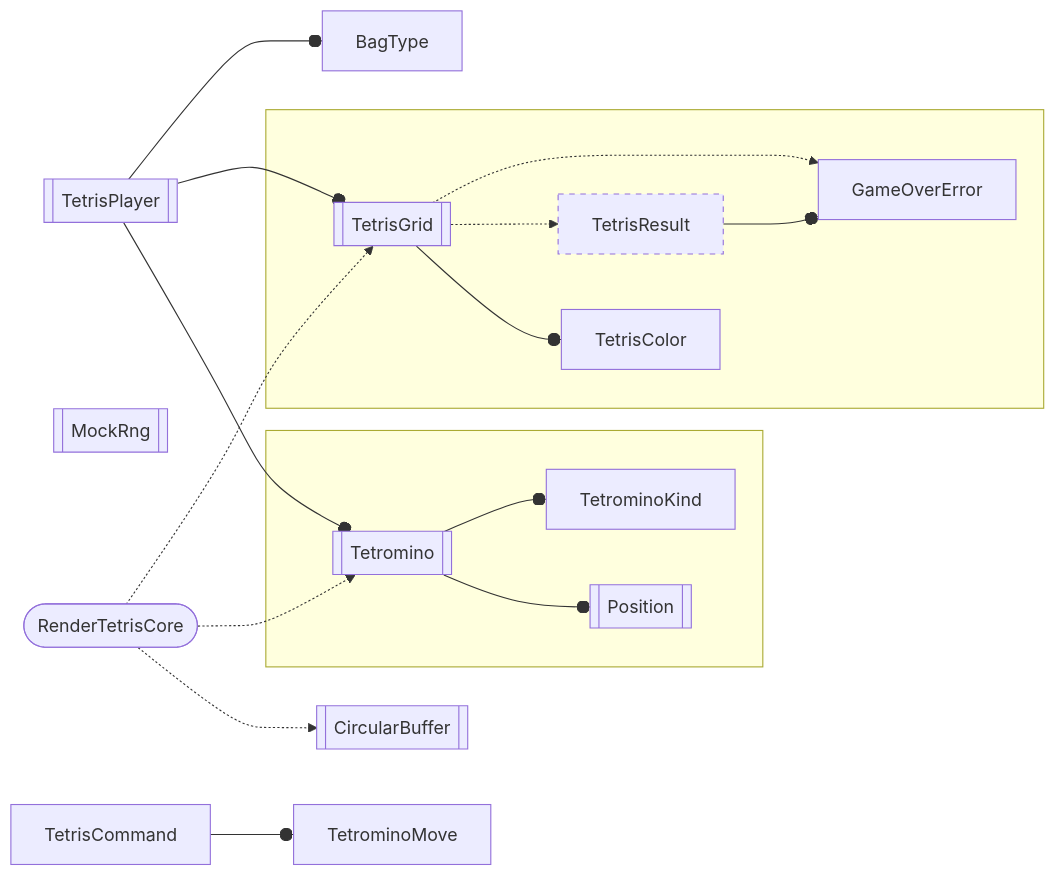
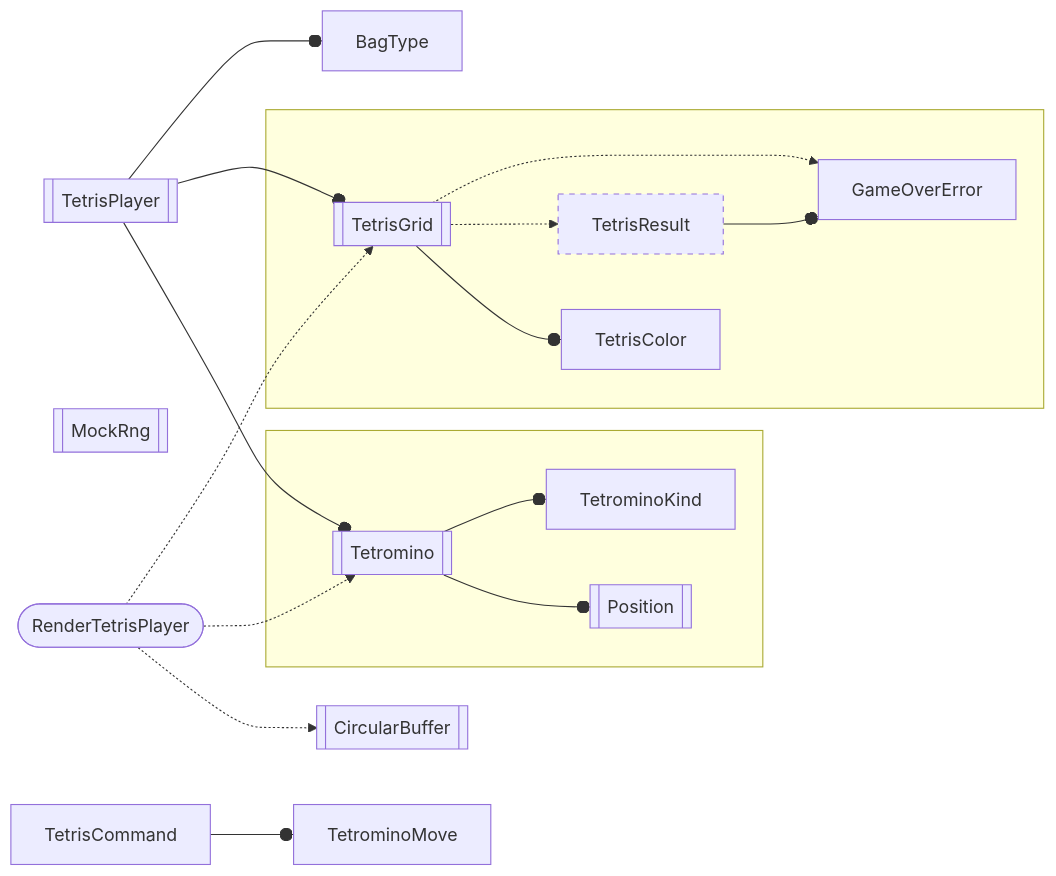
Before and after one commit to inesvar/tetris: the diagram in core_tetris/src/core_tetris.mmd, drawn with Mermaid. The commit also changed 16 other files, not shown here.

Commit message:
core_tetris: Improve doc

```diff
--- a/core_tetris/src/core_tetris.mmd
+++ b/core_tetris/src/core_tetris.mmd
@@ -1,45 +1,45 @@
 graph LR
     %% objects
     BagType[BagType]
     TetrisGrid[[TetrisGrid]]
     GameOverError[GameOverError]
     TetrisResult[TetrisResult]
     Tetromino[[Tetromino]]
     Position[[Position]]
     TetrisColor[TetrisColor]
     TetrisPlayer[[TetrisPlayer]]
     MockRng[[MockRng]]
     TetrisCommand[TetrisCommand]
     TetrominoKind[TetrominoKind]
-    RenderTetrisCore([RenderTetrisCore])
+    RenderTetrisPlayer([RenderTetrisPlayer])
     CircularBuffer[[CircularBuffer]]
 
     TetrisCommand --o TetrominoMove
-    RenderTetrisCore -.-> CircularBuffer
+    RenderTetrisPlayer -.-> CircularBuffer
 
     TetrisPlayer
     MockRng
-    RenderTetrisCore
+    RenderTetrisPlayer
 
     TetrisPlayer --o Tetromino
-    RenderTetrisCore -.-> Tetromino
+    RenderTetrisPlayer -.-> Tetromino
 
     subgraph tetromino[" "]
         Tetromino --o Position
         Tetromino --o TetrominoKind
     end
 
 
     subgraph tetris_grid[" "]
         TetrisGrid --o TetrisColor
         TetrisGrid -.-> TetrisResult
         TetrisResult --o GameOverError
         TetrisGrid -.-> GameOverError
     end
 
-    RenderTetrisCore -.-> TetrisGrid
+    RenderTetrisPlayer -.-> TetrisGrid
     TetrisPlayer --o TetrisGrid
     TetrisPlayer --o BagType
 
     
     style TetrisResult stroke-dasharray: 5 5;
```
